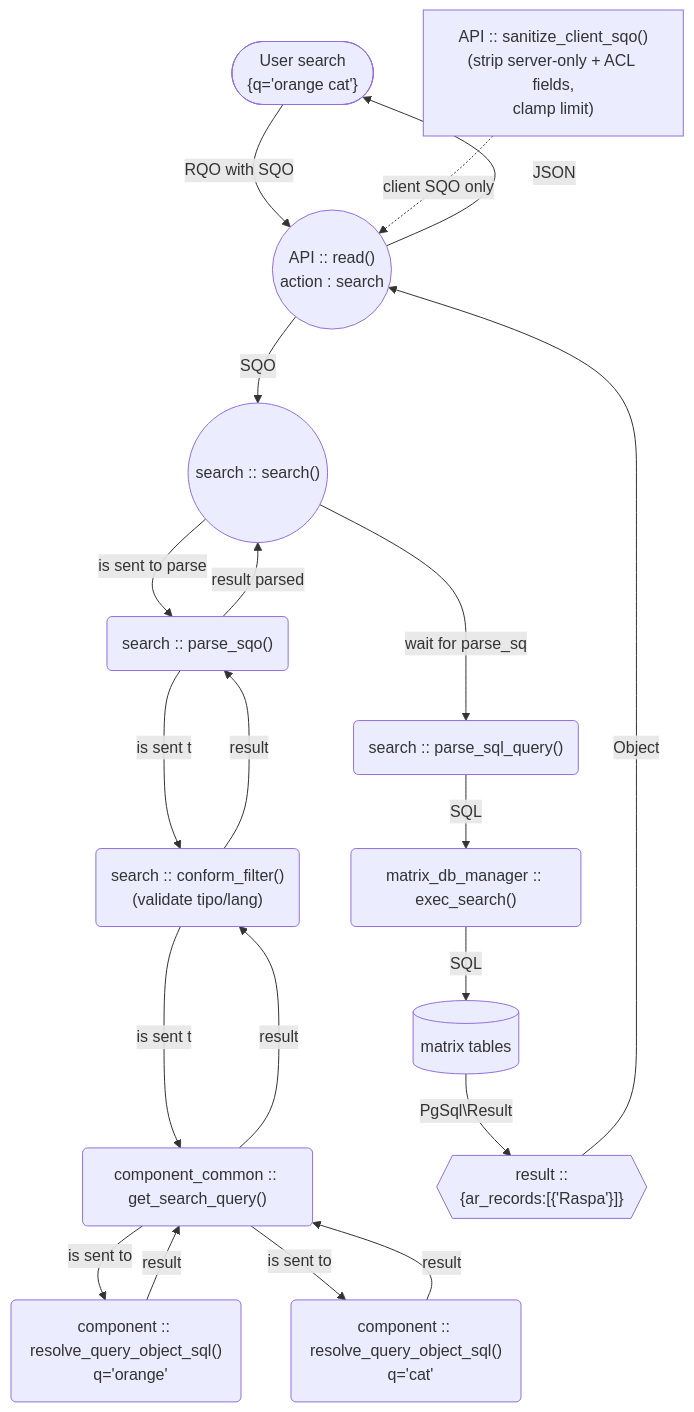
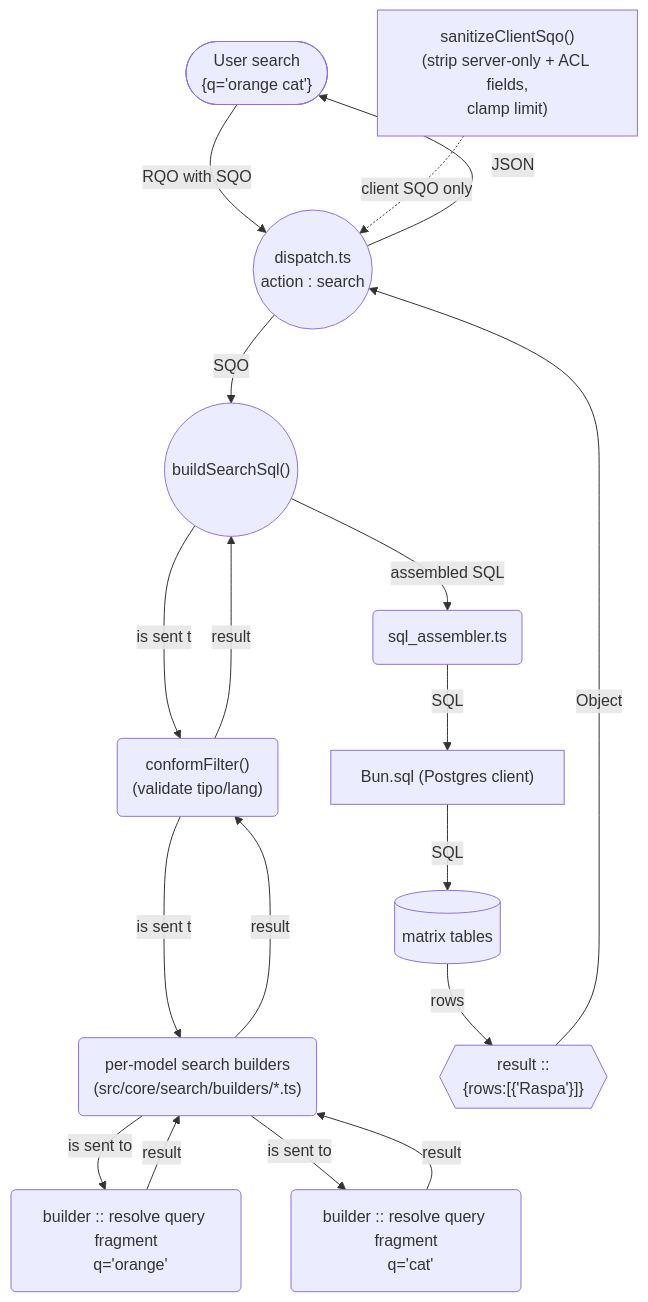
One commit to renderpci/dedalo changed the first of 4 diagrams in docs/core/sqo.md. Above: the diagram before and after it, drawn with Mermaid. The commit also changed other lines of this file and 11 other files, not shown here.

First line of the commit message:
docs: update architecture overview to reflect TypeScript/Bun server implementation and clarify documentation structure

````diff
--- a/docs/core/sqo.md
+++ b/docs/core/sqo.md
@@ -28,33 +27,32 @@
 ```mermaid
     graph TD
     A(["User  search
      {q='orange cat'}"]) -- RQO with SQO--> B
-    B(("API :: read()
+    B(("dispatch.ts
     action : search"))
-    B --SQO--> C(("search :: search()" ))
-    A2["API :: sanitize_client_sqo()
+    B --SQO--> C(("buildSearchSql()" ))
+    A2["sanitizeClientSqo()
     (strip server-only + ACL fields,
     clamp limit)"] -.client SQO only.-> B
-    C --is sent to parse--> D("search :: parse_sqo()" )
-    D-- result parsed -->C
-    D --is sent to--> E("search :: conform_filter()
+    C --is sent to--> E("conformFilter()
     (validate tipo/lang)" )
-    E-- result -->D
-    E --is sent to--> F("component_common :: get_search_query()" )
+    E-- result -->C
+    E --is sent to--> F("per-model search builders
+    (src/core/search/builders/*.ts)" )
     F-- result -->E
     F-- is sent to -->G
-    G("component :: resolve_query_object_sql()
+    G("builder :: resolve query fragment
       q='orange'")
     F-- is sent to -->H
-    H("component :: resolve_query_object_sql()
+    H("builder :: resolve query fragment
       q='cat' ")
     G-- result -->F
     H-- result -->F
-    C-- wait for parse_sqo--> I("search :: parse_sql_query()")
-    I--SQL--> J("matrix_db_manager :: exec_search()")
+    C-- assembled SQL --> I("sql_assembler.ts")
+    I--SQL--> J["Bun.sql (Postgres client)"]
     J--SQL-->Q[(matrix tables)]
-    Q --PgSql\Result--> K{{"result ::
-    {ar_records:[{'Raspa'}]}"}}
+    Q --rows--> K{{"result ::
+    {rows:[{'Raspa'}]}"}}
     K --Object--> B
     B --JSON--> A
 ```
````
